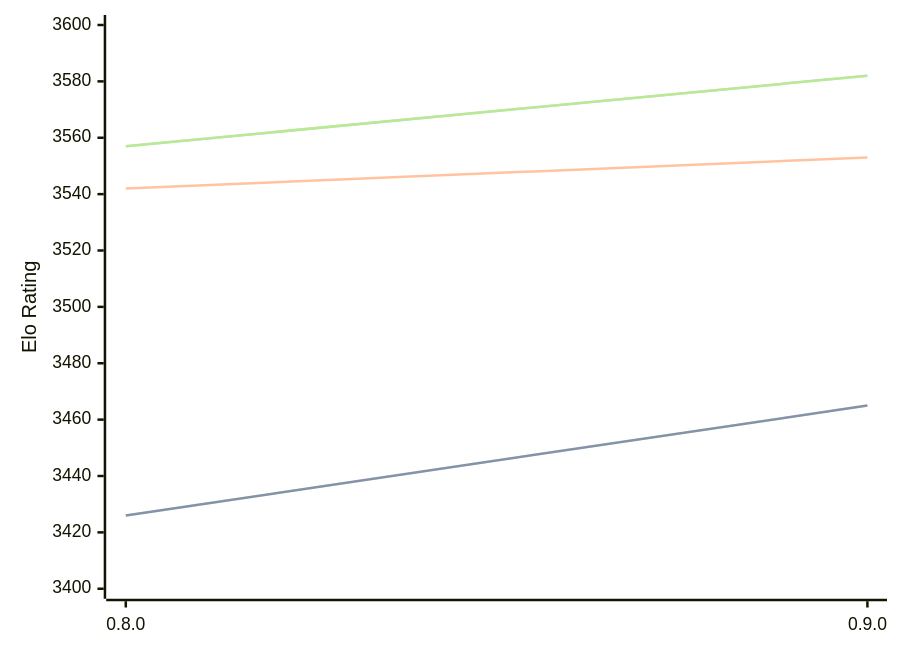
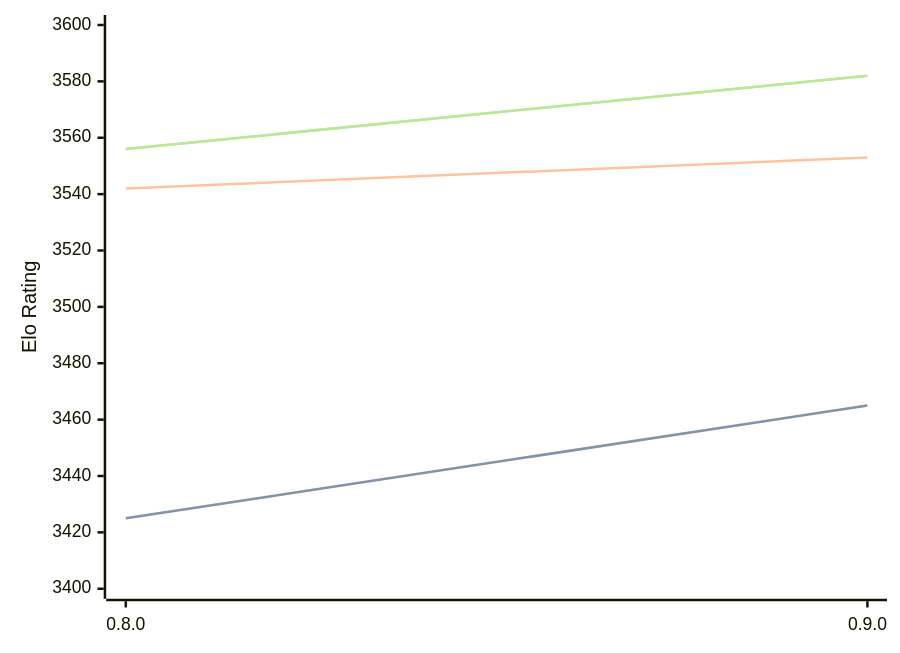
Before and after one commit to computer-chess-index/cci: the third of 3 diagrams in engines/Reckless.md, drawn with Mermaid. The commit also changed other lines of this file, not shown here.

Commit message:
Update CCI Ratings (ELO VLTC) - 2026-06-19

````diff
--- a/engines/Reckless.md
+++ b/engines/Reckless.md
@@ -72,11 +72,11 @@
 ```mermaid
 %%{init: {"theme":"base","themeVariables":{"seriesColors:['#a3a3a3','#222221','#faa371']}}}%%
 xychart-beta
   x-axis ["0.8.0", "0.9.0"]
   y-axis "Elo Rating" 3400 --> 3600
-  line "STC (8.0+0.08s)" [3426, 3465]
-  line "STC (8.0+0.08s)" [3426, 3465]
+  line "STC (8.0+0.08s)" [3425, 3465]
+  line "STC (8.0+0.08s)" [3425, 3465]
   line "LTC (60.0+0.60s)" [3542, 3553]
-  line "VLTC (2m24s+1.12s)" [3557, 3582]
-  line "VLTC (2m24s+1.12s)" [3557, 3582]
+  line "VLTC (2m24s+1.12s)" [3556, 3582]
+  line "VLTC (2m24s+1.12s)" [3556, 3582]
 ```
````
